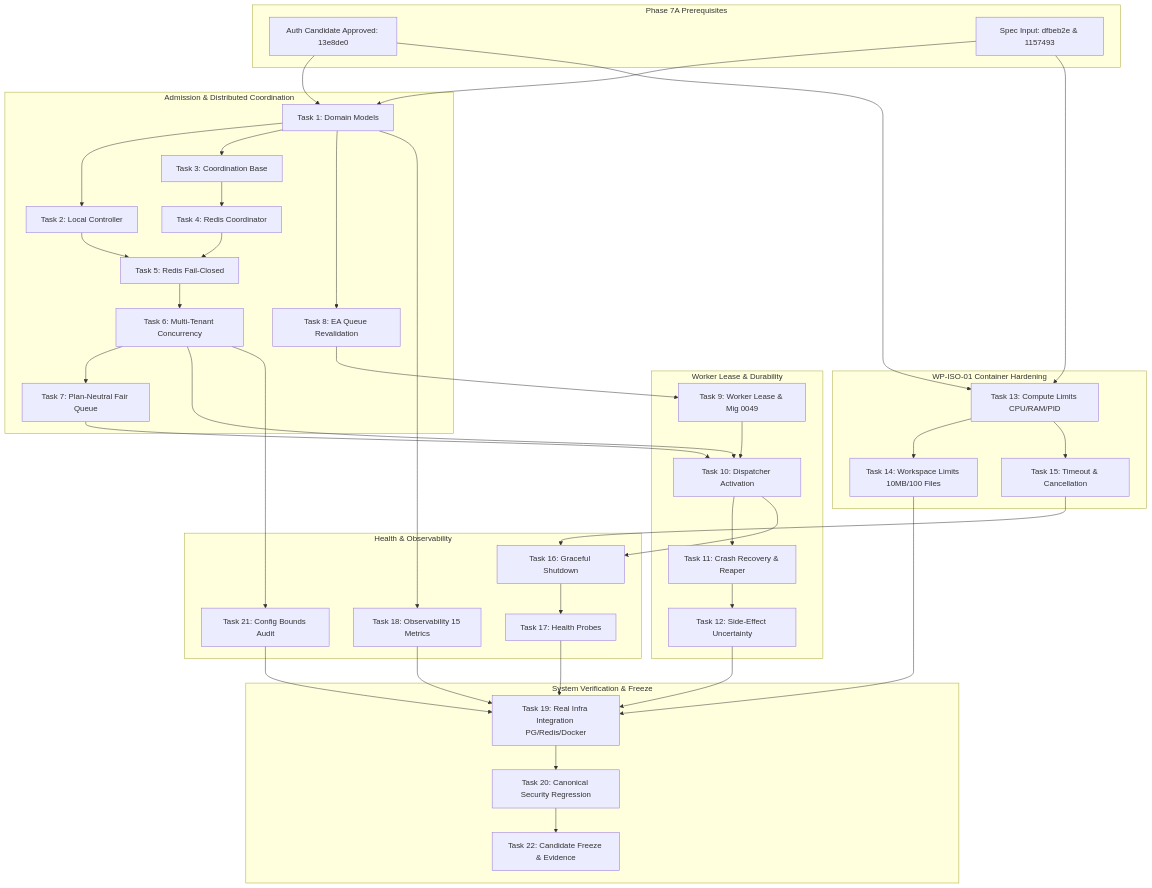
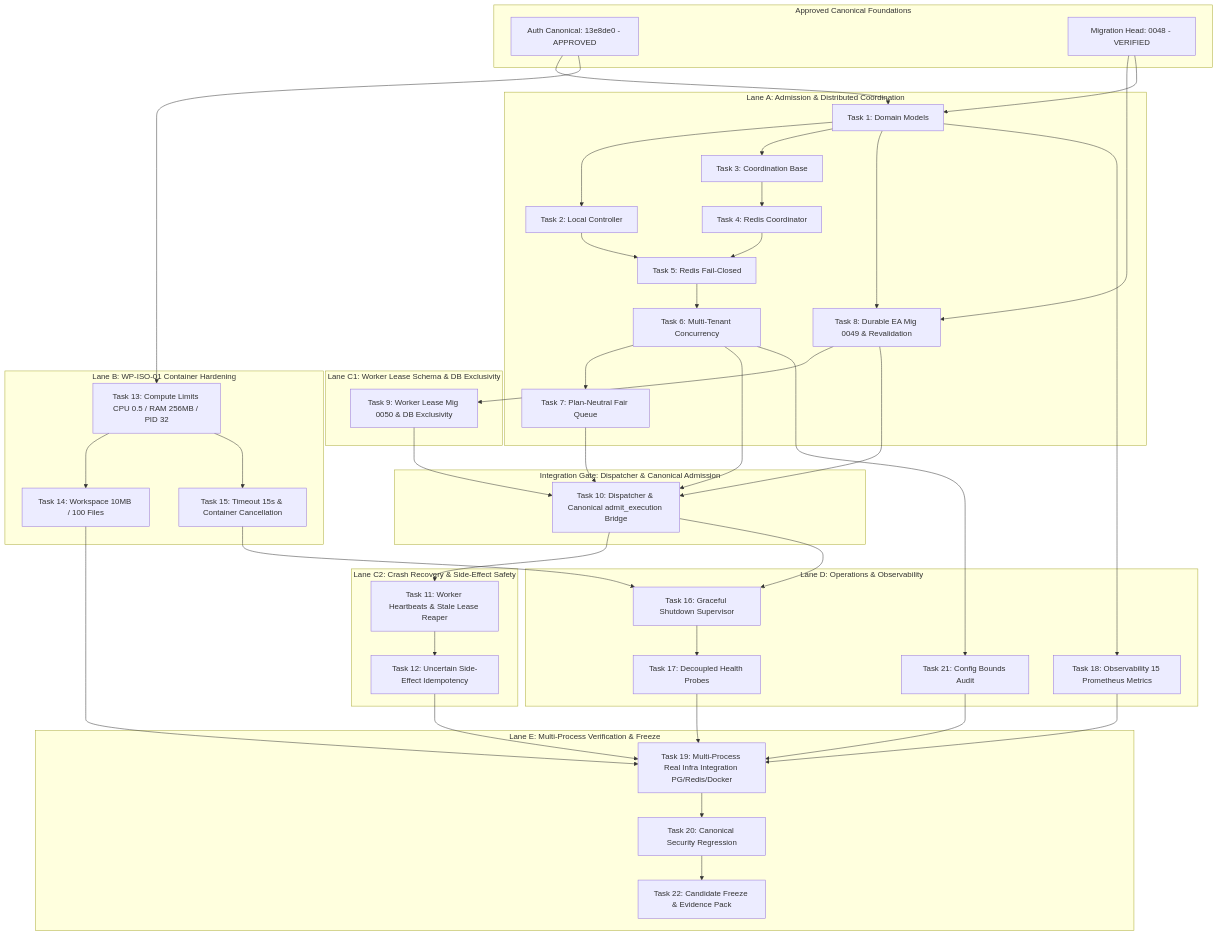
Before and after one commit to Guruprasath-Annadurai/Whitepact: the diagram in docs/phase7a-execution/dependency-graph.md, drawn with Mermaid. The commit also changed other lines of this file and 9 other files, not shown here.

Commit message:
docs(phase7): close durable authority and lease spec gaps

````diff
--- a/docs/phase7a-execution/dependency-graph.md
+++ b/docs/phase7a-execution/dependency-graph.md
@@ -55,45 +55,51 @@
 ```mermaid
 flowchart TD
-    subgraph S0 [Phase 7A Prerequisites]
-        AUTH[Auth Candidate Approved: 13e8de0]
-        SPEC[Spec Input: dfbeb2e & 1157493]
+    subgraph S0 [Approved Canonical Foundations]
+        AUTH[Auth Canonical: 13e8de0 - APPROVED]
+        HEAD[Migration Head: 0048 - VERIFIED]
     end
 
-    subgraph ADMISSION_LANE [Admission & Distributed Coordination]
+    subgraph LANE_A [Lane A: Admission & Distributed Coordination]
         T1[Task 1: Domain Models] --> T2[Task 2: Local Controller]
         T1 --> T3[Task 3: Coordination Base]
         T3 --> T4[Task 4: Redis Coordinator]
         T2 & T4 --> T5[Task 5: Redis Fail-Closed]
         T5 --> T6[Task 6: Multi-Tenant Concurrency]
         T6 --> T7[Task 7: Plan-Neutral Fair Queue]
-        T1 --> T8[Task 8: EA Queue Revalidation]
+        T1 & HEAD --> T8[Task 8: Durable EA Mig 0049 & Revalidation]
     end
 
-    subgraph LEASE_LANE [Worker Lease & Durability]
-        T8 --> T9[Task 9: Worker Lease & Mig 0049]
-        T6 & T7 & T9 --> T10[Task 10: Dispatcher Activation]
-        T10 --> T11[Task 11: Crash Recovery & Reaper]
-        T11 --> T12[Task 12: Side-Effect Uncertainty]
+    subgraph LANE_C1 [Lane C1: Worker Lease Schema & DB Exclusivity]
+        T8 --> T9[Task 9: Worker Lease Mig 0050 & DB Exclusivity]
     end
 
-    subgraph ISOLATION_LANE [WP-ISO-01 Container Hardening]
-        T13[Task 13: Compute Limits CPU/RAM/PID] --> T14[Task 14: Workspace Limits 10MB/100 Files]
-        T13 --> T15[Task 15: Timeout & Cancellation]
+    subgraph GATE_10 [Integration Gate: Dispatcher & Canonical Admission]
+        T6 & T7 & T8 & T9 --> T10[Task 10: Dispatcher & Canonical admit_execution Bridge]
     end
 
-    subgraph OPS_LANE [Health & Observability]
-        T10 & T15 --> T16[Task 16: Graceful Shutdown]
-        T16 --> T17[Task 17: Health Probes]
-        T1 --> T18[Task 18: Observability 15 Metrics]
+    subgraph LANE_C2 [Lane C2: Crash Recovery & Side-Effect Safety]
+        T10 --> T11[Task 11: Worker Heartbeats & Stale Lease Reaper]
+        T11 --> T12[Task 12: Uncertain Side-Effect Idempotency]
+    end
+
+    subgraph LANE_B [Lane B: WP-ISO-01 Container Hardening]
+        T13[Task 13: Compute Limits CPU 0.5 / RAM 256MB / PID 32] --> T14[Task 14: Workspace 10MB / 100 Files]
+        T13 --> T15[Task 15: Timeout 15s & Container Cancellation]
+    end
+
+    subgraph LANE_D [Lane D: Operations & Observability]
+        T10 & T15 --> T16[Task 16: Graceful Shutdown Supervisor]
+        T16 --> T17[Task 17: Decoupled Health Probes]
+        T1 --> T18[Task 18: Observability 15 Prometheus Metrics]
         T6 --> T21[Task 21: Config Bounds Audit]
     end
 
-    subgraph INTEGRATION_LANE [System Verification & Freeze]
-        T12 & T14 & T17 & T18 & T21 --> T19[Task 19: Real Infra Integration PG/Redis/Docker]
+    subgraph LANE_E [Lane E: Multi-Process Verification & Freeze]
+        T12 & T14 & T17 & T18 & T21 --> T19[Task 19: Multi-Process Real Infra Integration PG/Redis/Docker]
         T19 --> T20[Task 20: Canonical Security Regression]
-        T20 --> T22[Task 22: Candidate Freeze & Evidence]
+        T20 --> T22[Task 22: Candidate Freeze & Evidence Pack]
     end
 
-    AUTH & SPEC --> T1
-    AUTH & SPEC --> T13
+    AUTH & HEAD --> T1
+    AUTH --> T13
 ```
````
